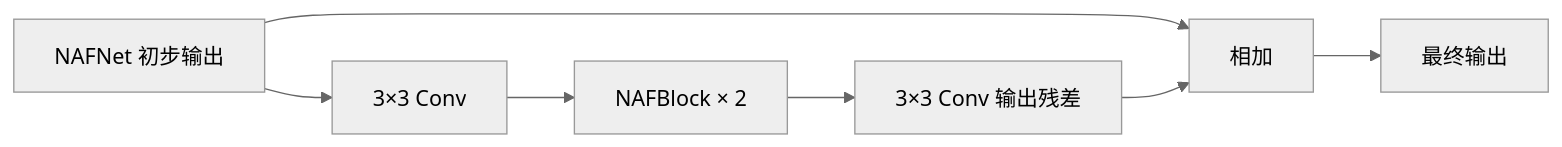
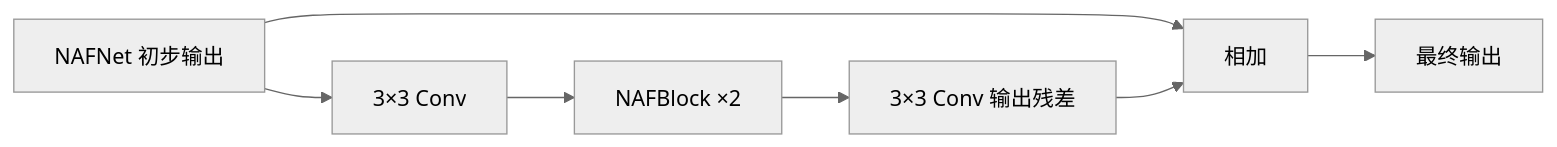
The sixth of 8 diagrams in NAFNet模型改进建议.md (deathend110/BARU_Unet), drawn with Mermaid (neutral theme) before and after one commit. The commit also changed other lines of this file, not shown here.

````diff
--- a/NAFNet模型改进建议.md
+++ b/NAFNet模型改进建议.md
@@ -463,9 +558,9 @@
 ```mermaid
 flowchart LR
     N[NAFNet 初步输出] --> C1[3×3 Conv]
-    C1 --> B1[NAFBlock × 2]
+    C1 --> B1[NAFBlock ×2]
     B1 --> C2[3×3 Conv 输出残差]
     N --> ADD[相加]
     C2 --> ADD
     ADD --> O[最终输出]
 ```
````
